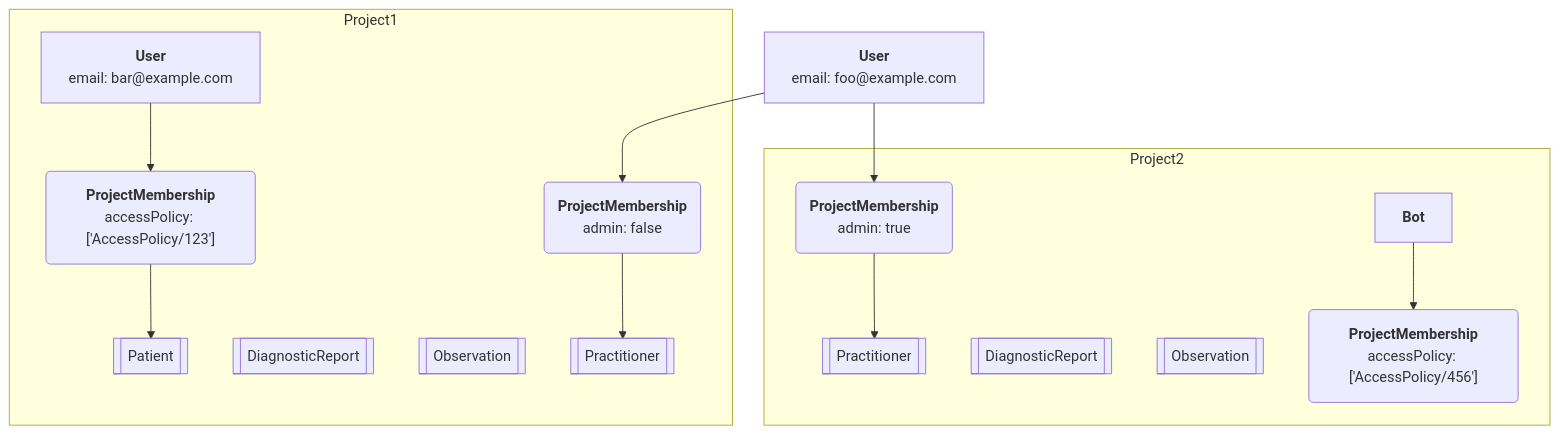
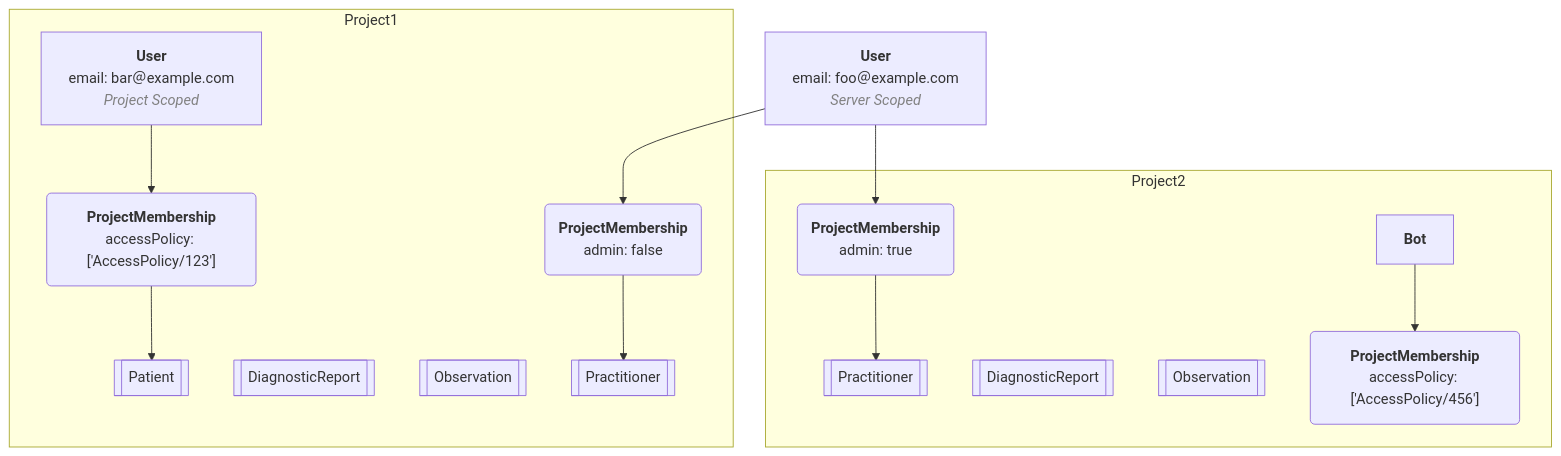
Before and after one commit to medplum/medplum: the diagram in packages/docs/docs/auth/user-management-guide/user-management-guide.md, drawn with Mermaid. The commit also changed other lines of this file and 5 other files, not shown here.

````diff
--- a/packages/docs/docs/auth/user-management-guide/user-management-guide.md
+++ b/packages/docs/docs/auth/user-management-guide/user-management-guide.md
@@ -19,30 +19,30 @@
 ```mermaid
 
 graph TD
-	User1["<strong>User</strong><br/>email: foo@example.com"]
+	User1["<strong>User</strong><br/>email: foo＠example.com<br/><span style='color:grey'><em>Server Scoped</em></span>"]
 	PM1_1("<strong>ProjectMembership</strong><br/>admin: true")
 	PM1_2("<strong>ProjectMembership</strong><br/>admin: false")
 	PM2_2("<strong>ProjectMembership</strong><br/>accessPolicy: ['AccessPolicy/123']")
 
   User1 -->PM1_1
 	User1 -->PM1_2
 	User2 -->PM2_2
 
   subgraph Project2
     PM1_1 --> p1
 	  p1[[Practitioner]]
 	  p2[[DiagnosticReport]]
 	  p3[[Observation]]
     Bot["<strong>Bot</strong>"] --> PM2_3("<strong>ProjectMembership</strong><br/>accessPolicy: ['AccessPolicy/456']")
 	end
 	subgraph Project1
-    User2["<strong>User</strong><br/>email: bar@example.com"]
+    User2["<strong>User</strong><br/>email: bar＠example.com<br/><span style='color:grey'><em>Project Scoped</em></span>"]
     PM1_2 --> p4
 		p4[[Practitioner]]
 	  p5[[DiagnosticReport]]
 	  p6[[Observation]]
     p7[[Patient]]
     PM2_2 --> p7
 	end
 
 ```
````
